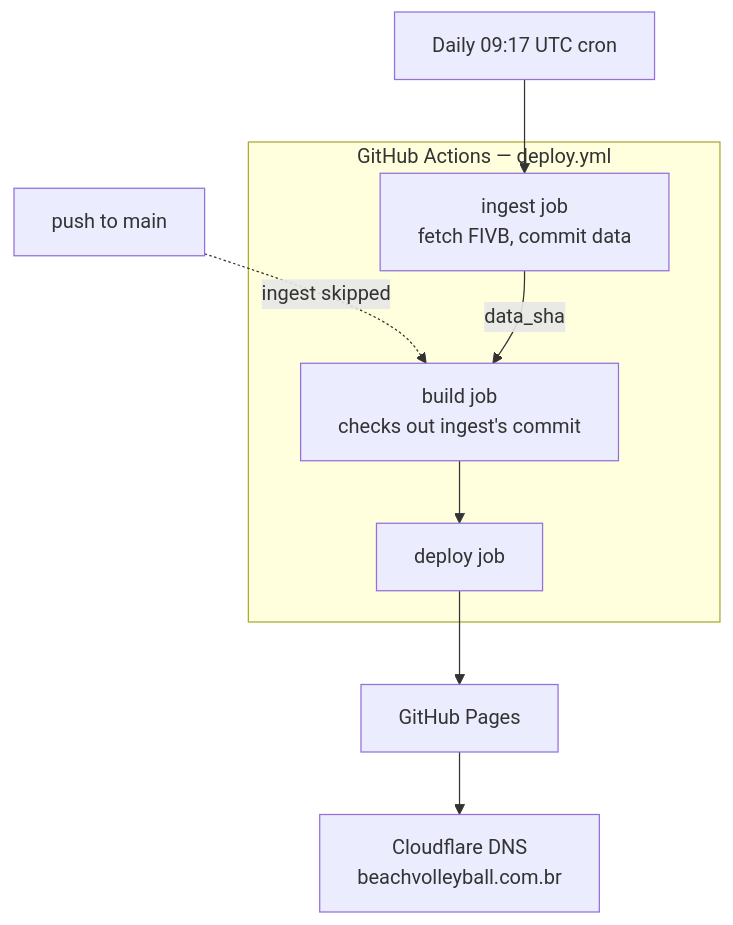
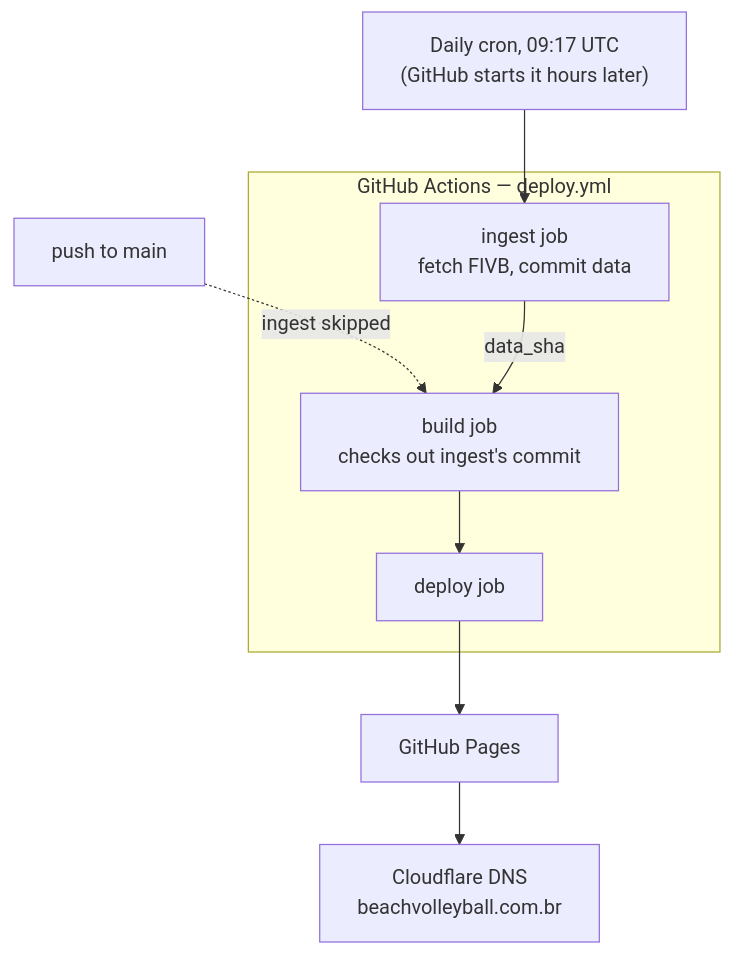
The fourth of 4 diagrams in docs/architecture.md (eduardopicado/beachvolleyballgraph), drawn with Mermaid before and after one commit. The commit also changed 4 other files, not shown here.

````diff
--- a/docs/architecture.md
+++ b/docs/architecture.md
@@ -190,15 +190,15 @@
 ```mermaid
 flowchart TD
-  CRON["Daily 09:17 UTC cron"] --> ING
+  CRON["Daily cron, 09:17 UTC<br/>(GitHub starts it hours later)"] --> ING
   PUSH["push to main"] -.->|"ingest skipped"| BUILD
 
   subgraph gha["GitHub Actions — deploy.yml"]
     ING["ingest job<br/>fetch FIVB, commit data"]
     BUILD["build job<br/>checks out ingest's commit"]
     DEP["deploy job"]
     ING -->|data_sha| BUILD --> DEP
   end
 
   DEP --> PAGES["GitHub Pages"]
   PAGES --> CF["Cloudflare DNS<br/>beachvolleyball.com.br"]
 ```
````
